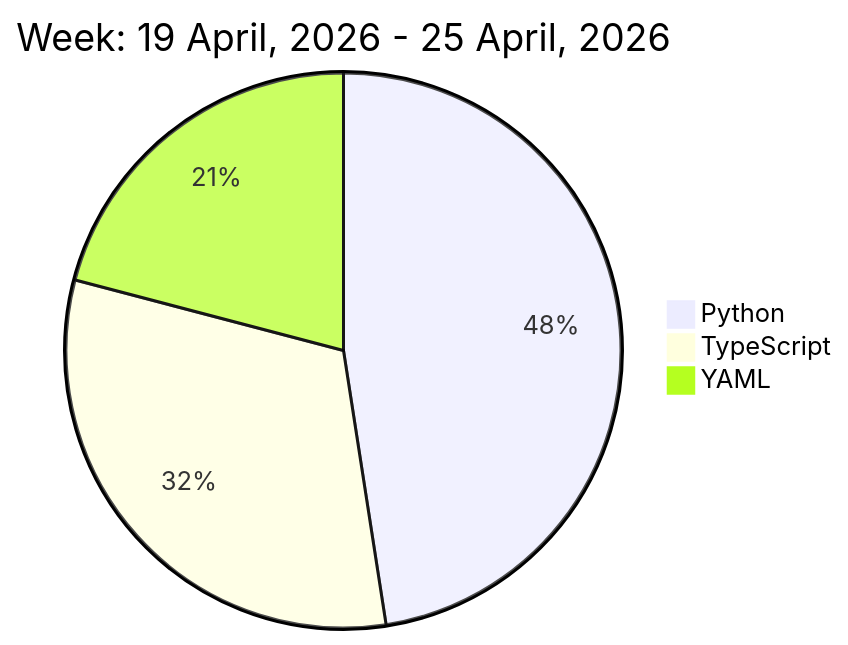
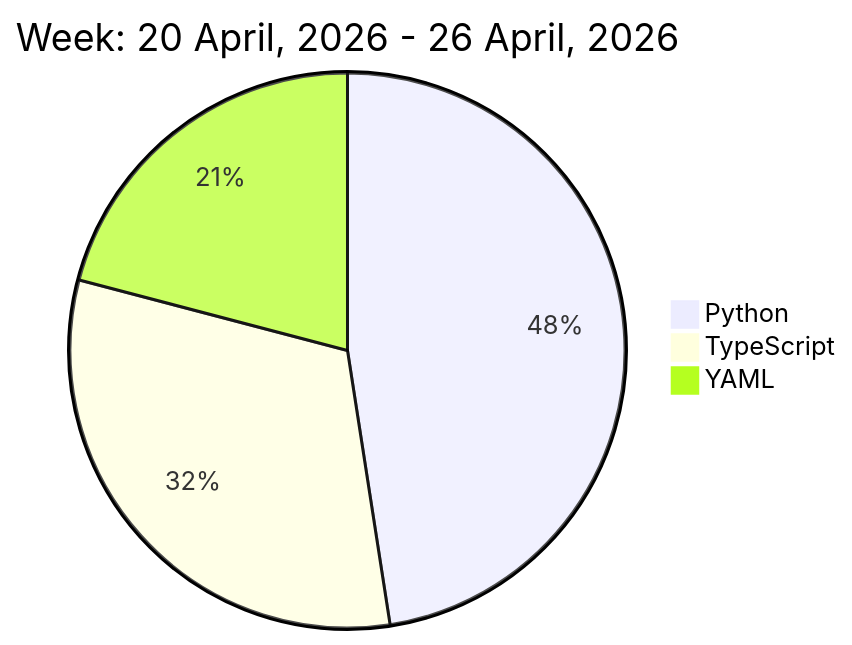
The diagram in README.md (liubin95/liubin95), drawn with Mermaid before and after one commit.

Commit message:
Updated the Graph with new Metrics

````diff
--- a/README.md
+++ b/README.md
@@ -32,7 +32,7 @@
 ```mermaid
  pie
-title Week: 19 April, 2026 - 25 April, 2026
+title Week: 20 April, 2026 - 26 April, 2026
  "Python" : 5.23
  "TypeScript" : 3.47
  "YAML" : 2.3
 ```
````
